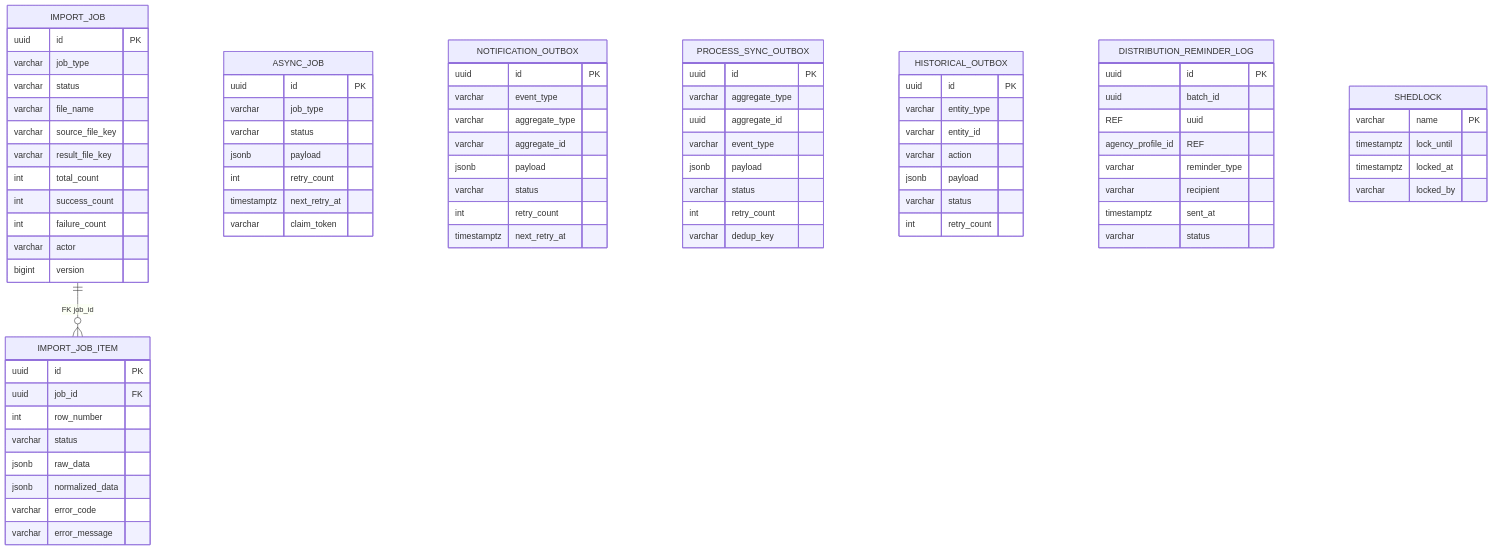
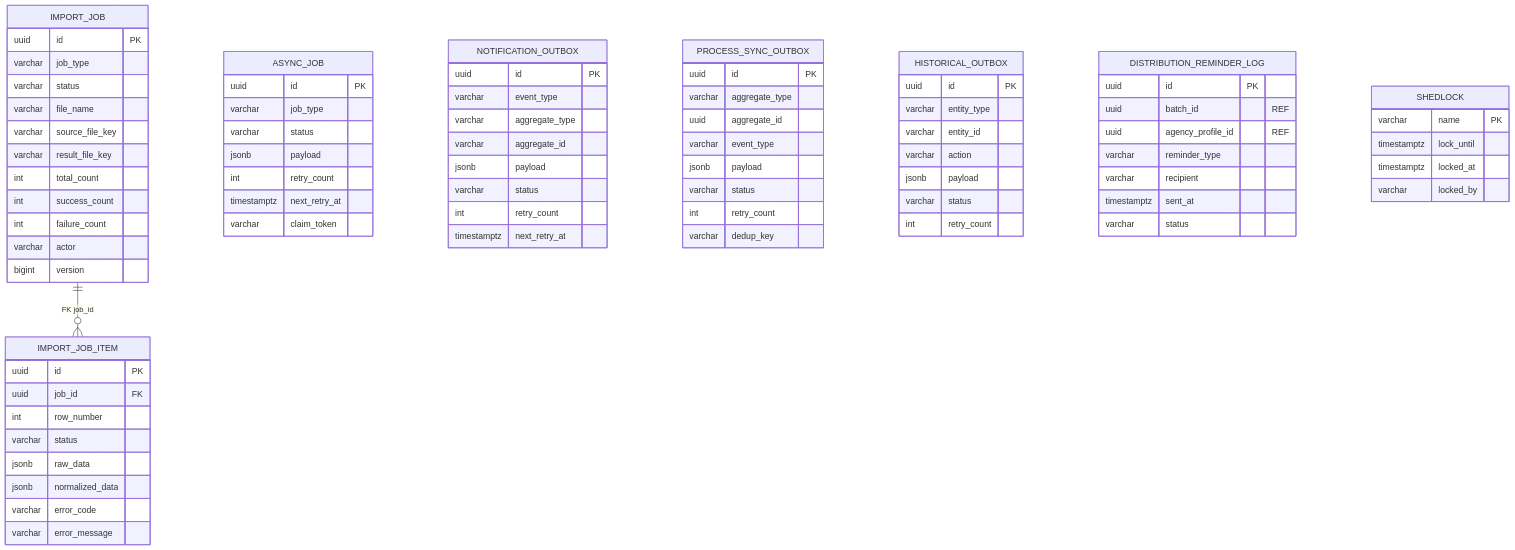
The sixth of 7 diagrams in database-erd.md (huynv-xyz/vhm), drawn with Mermaid before and after one commit. The commit also changed other lines of this file, not shown here.

```diff
--- a/database-erd.md
+++ b/database-erd.md
@@ -566,8 +566,8 @@
 
     DISTRIBUTION_REMINDER_LOG {
         uuid id PK
-        uuid batch_id REF
-        uuid agency_profile_id REF
+        uuid batch_id "REF"
+        uuid agency_profile_id "REF"
         varchar reminder_type
         varchar recipient
         timestamptz sent_at
```
